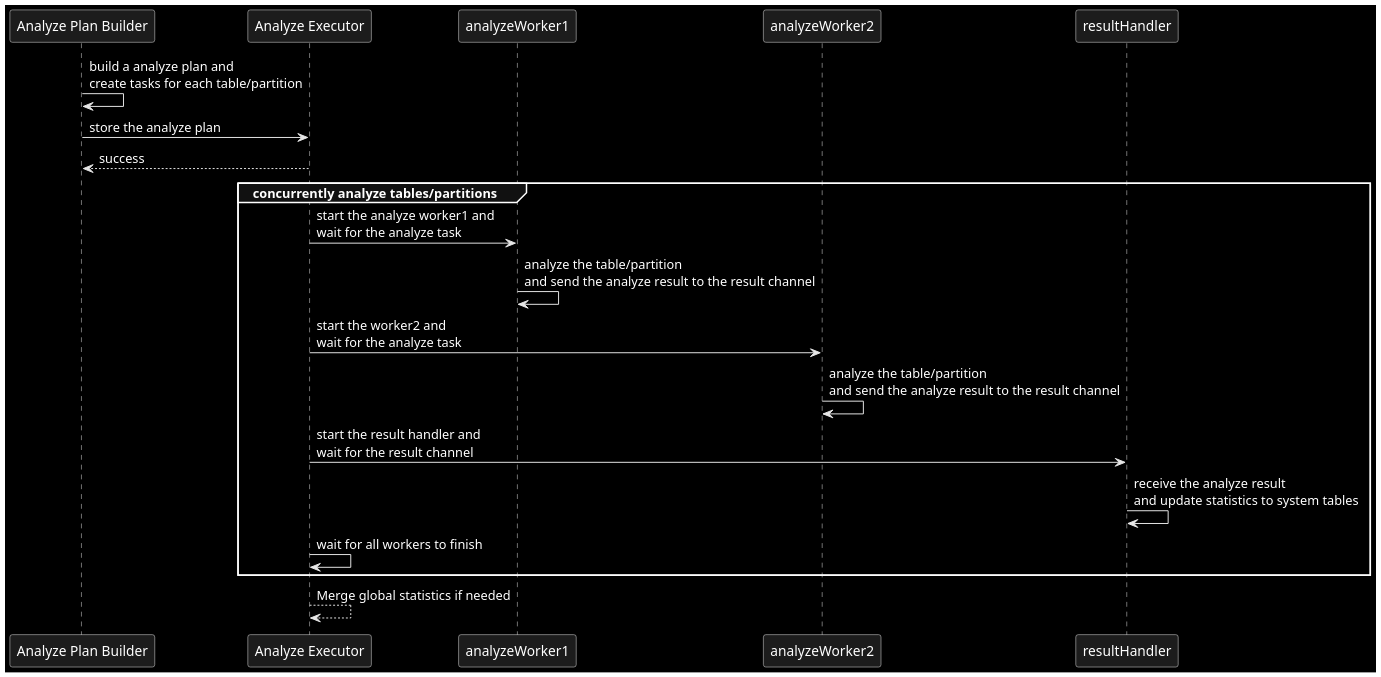
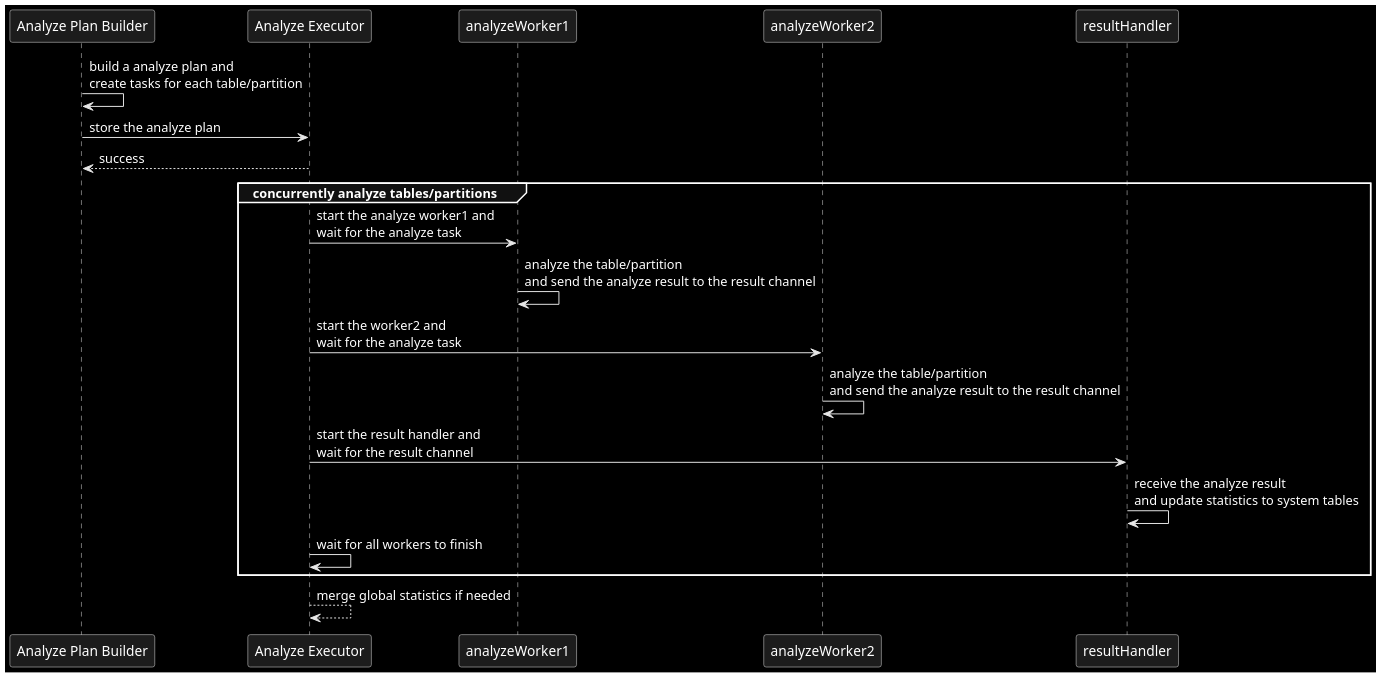
Before and after one commit to Rustin170506/tidb-analyze.slide: the third of 6 diagrams in slides.md, drawn with PlantUML.

Commit message:
analyze: fix typos

````diff
--- a/slides.md
+++ b/slides.md
@@ -536,21 +536,21 @@
 ```plantuml
 @startuml
 
 skinparam monochrome reverse
 
 "Analyze Plan Builder" as APB -> APB: build a analyze plan and \ncreate tasks for each table/partition
 APB -> "Analyze Executor" as AE: store the analyze plan
 AE --> APB: success
 
 group concurrently analyze tables/partitions
 AE -> analyzeWorker1: start the analyze worker1 and \nwait for the analyze task
 analyzeWorker1 -> analyzeWorker1: analyze the table/partition \nand send the analyze result to the result channel
 AE -> analyzeWorker2: start the worker2 and \nwait for the analyze task
 analyzeWorker2 -> analyzeWorker2: analyze the table/partition \nand send the analyze result to the result channel
 AE -> resultHandler: start the result handler and \nwait for the result channel
 resultHandler -> resultHandler: receive the analyze result \nand update statistics to system tables
 AE -> AE: wait for all workers to finish
 end
-AE --> AE: Merge global statistics if needed
+AE --> AE: merge global statistics if needed
 @enduml
 ```
````
